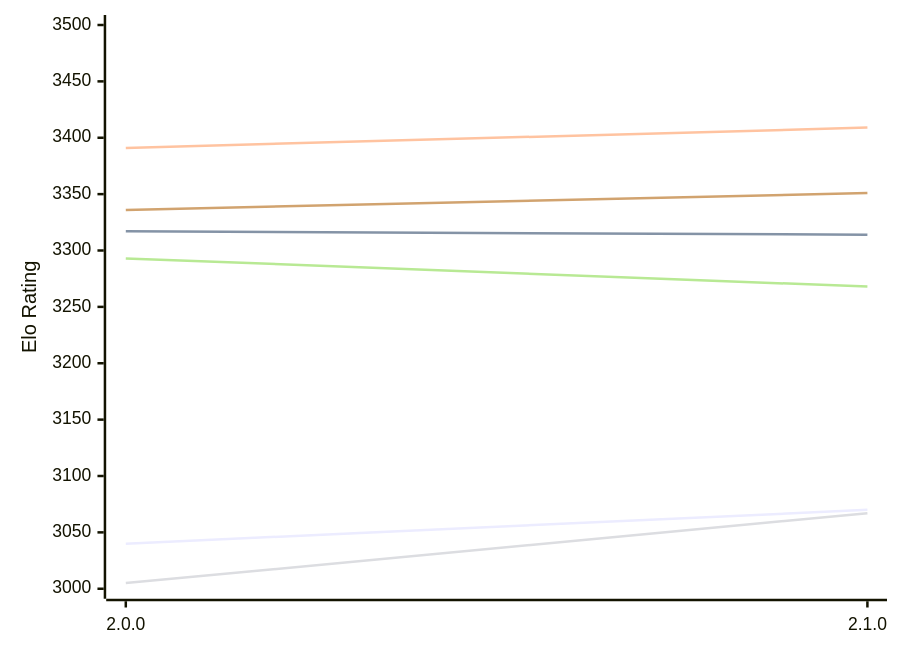
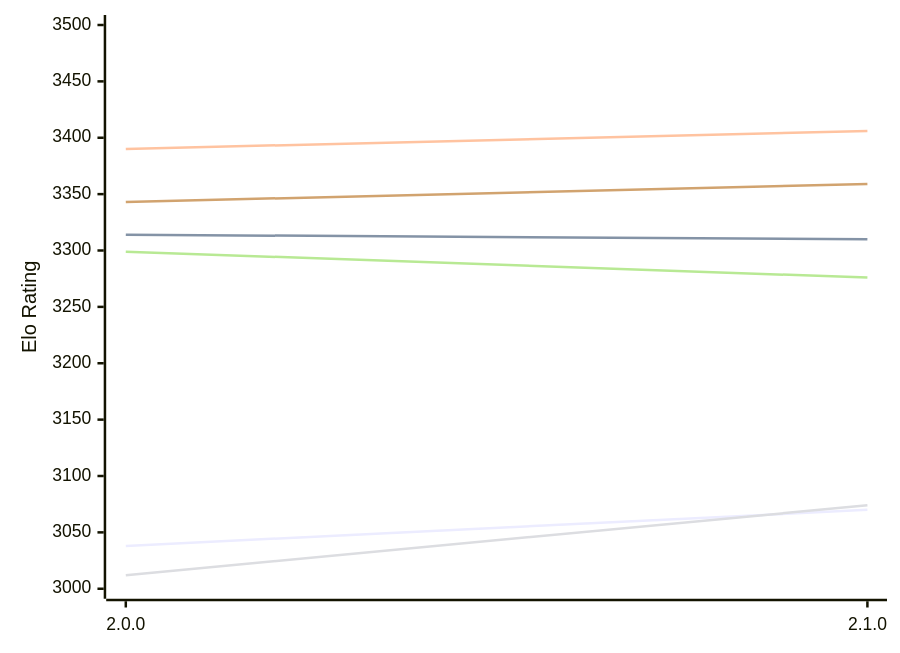
The diagram in engines/Sapling.md (computer-chess-index/cci), drawn with Mermaid before and after one commit. The commit also changed other lines of this file, not shown here.

Commit message:
Update CCI Ratings (ELO VLTC) - 2026-11-23

````diff
--- a/engines/Sapling.md
+++ b/engines/Sapling.md
@@ -49,12 +49,12 @@
 ```mermaid
 %%{init: {"theme":"base","themeVariables":{"seriesColors:['#a3a3a3','#222221','#faa371']}}}%%
 xychart-beta
   x-axis ["2.0.0", "2.1.0"]
   y-axis "Elo Rating" 3000 --> 3500
-  line "E1: STC (8.0+0.08s)" [3040, 3070]
-  line "E1: LTC (60.0+0.60s)" [3317, 3314]
-  line "E1: VLTC (2m24s+1.12s)" [3391, 3409]
-  line "P1: STC (8.0+0.08s)" [3005, 3067]
-  line "P1: LTC (60.0+0.60s)" [3293, 3268]
-  line "P1: VLTC (2m24s+1.12s)" [3336, 3351]
+  line "E1: STC (8.0+0.08s)" [3038, 3070]
+  line "E1: LTC (60.0+0.60s)" [3314, 3310]
+  line "E1: VLTC (2m24s+1.12s)" [3390, 3406]
+  line "P1: STC (8.0+0.08s)" [3012, 3074]
+  line "P1: LTC (60.0+0.60s)" [3299, 3276]
+  line "P1: VLTC (2m24s+1.12s)" [3343, 3359]
 ```
````
